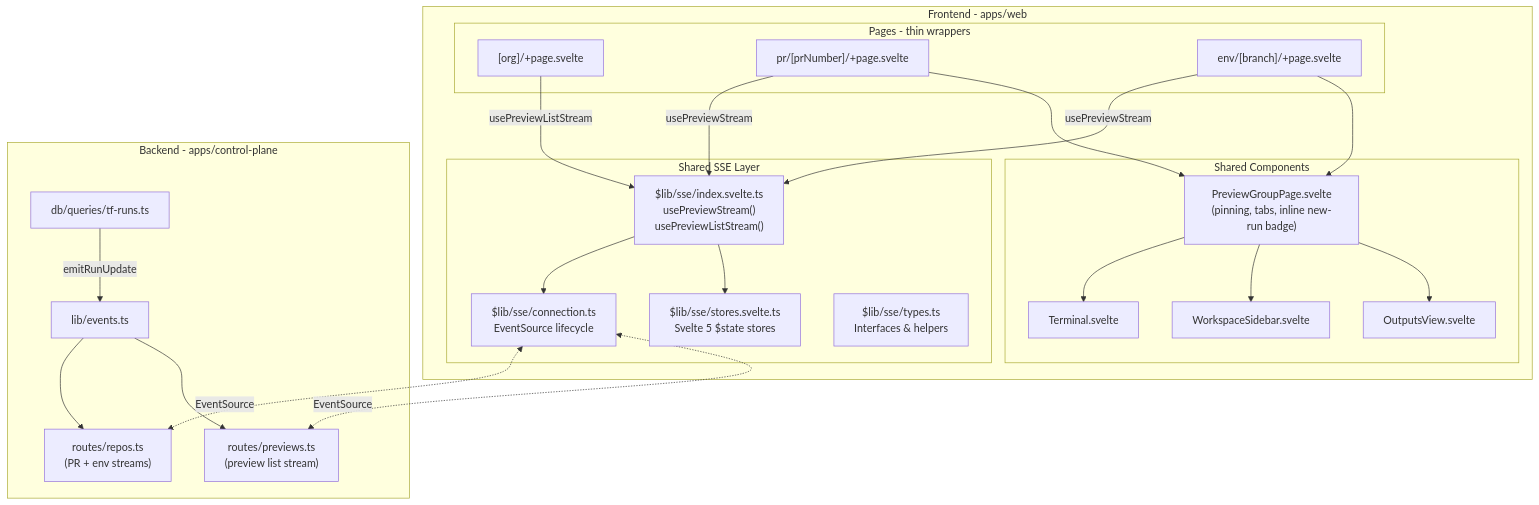
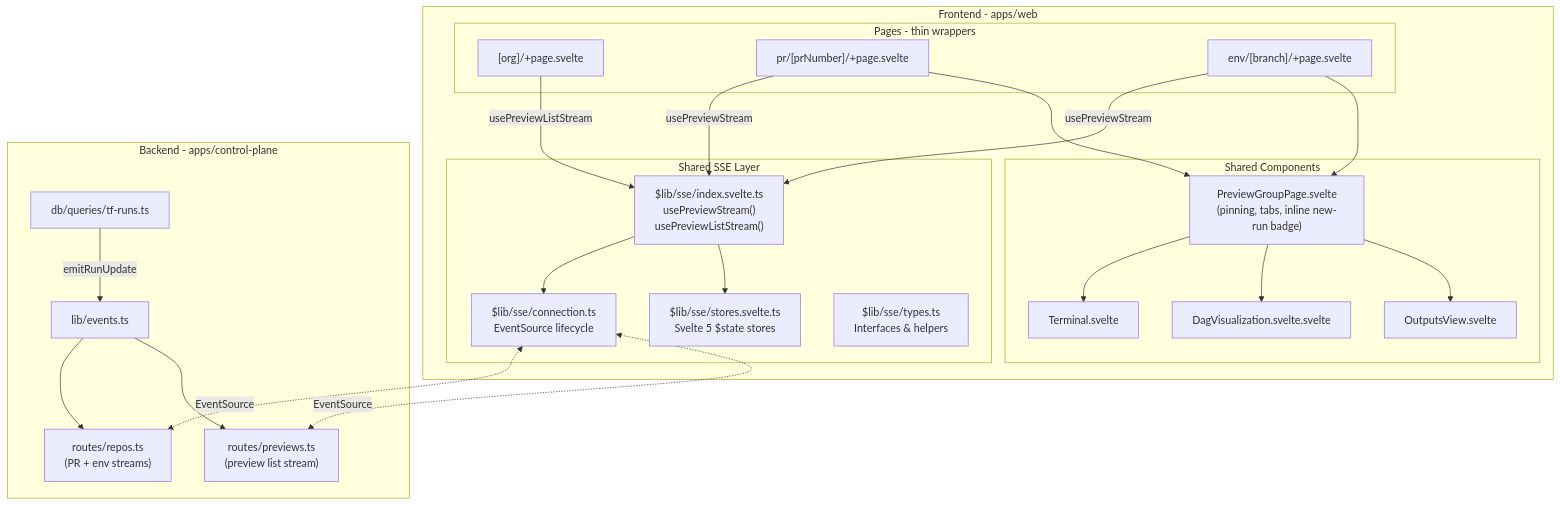
One commit to yaffle-dot-dev/demo changed the second of 2 diagrams in docs/sse-streaming.md. Above: the diagram before and after it, drawn with Mermaid. The commit also changed 2 other files, not shown here.

Commit message:
remove unused WorkspaceSidebar

````diff
--- a/docs/sse-streaming.md
+++ b/docs/sse-streaming.md
@@ -64,49 +64,49 @@
 ```mermaid
 graph TB
     subgraph "Frontend - apps/web"
         subgraph "Shared SSE Layer"
             HOOK["$lib/sse/index.svelte.ts<br/>usePreviewStream()<br/>usePreviewListStream()"]
             CONN["$lib/sse/connection.ts<br/>EventSource lifecycle"]
             STORES["$lib/sse/stores.svelte.ts<br/>Svelte 5 $state stores"]
             TYPES["$lib/sse/types.ts<br/>Interfaces & helpers"]
         end
 
         subgraph "Pages - thin wrappers"
             ORG["[org]/+page.svelte"]
             PR["pr/[prNumber]/+page.svelte"]
             ENV["env/[branch]/+page.svelte"]
         end
 
         subgraph "Shared Components"
             PGP["PreviewGroupPage.svelte<br/>(pinning, tabs, inline new-run badge)"]
             TERM["Terminal.svelte"]
-            SIDE["WorkspaceSidebar.svelte"]
+            SIDE["DagVisualization.svelte.svelte"]
             OUT["OutputsView.svelte"]
         end
 
         ORG -->|usePreviewListStream| HOOK
         PR -->|usePreviewStream| HOOK
         ENV -->|usePreviewStream| HOOK
 
         HOOK --> CONN
         HOOK --> STORES
         PR --> PGP
         ENV --> PGP
         PGP --> TERM
         PGP --> SIDE
         PGP --> OUT
     end
 
     subgraph "Backend - apps/control-plane"
         REPOS["routes/repos.ts<br/>(PR + env streams)"]
         PREVIEWS["routes/previews.ts<br/>(preview list stream)"]
         EVENTS["lib/events.ts"]
         TFRUNS["db/queries/tf-runs.ts"]
     end
 
     CONN <-.->|EventSource| REPOS
     CONN <-.->|EventSource| PREVIEWS
     TFRUNS -->|emitRunUpdate| EVENTS
     EVENTS --> REPOS
     EVENTS --> PREVIEWS
 ```
````
